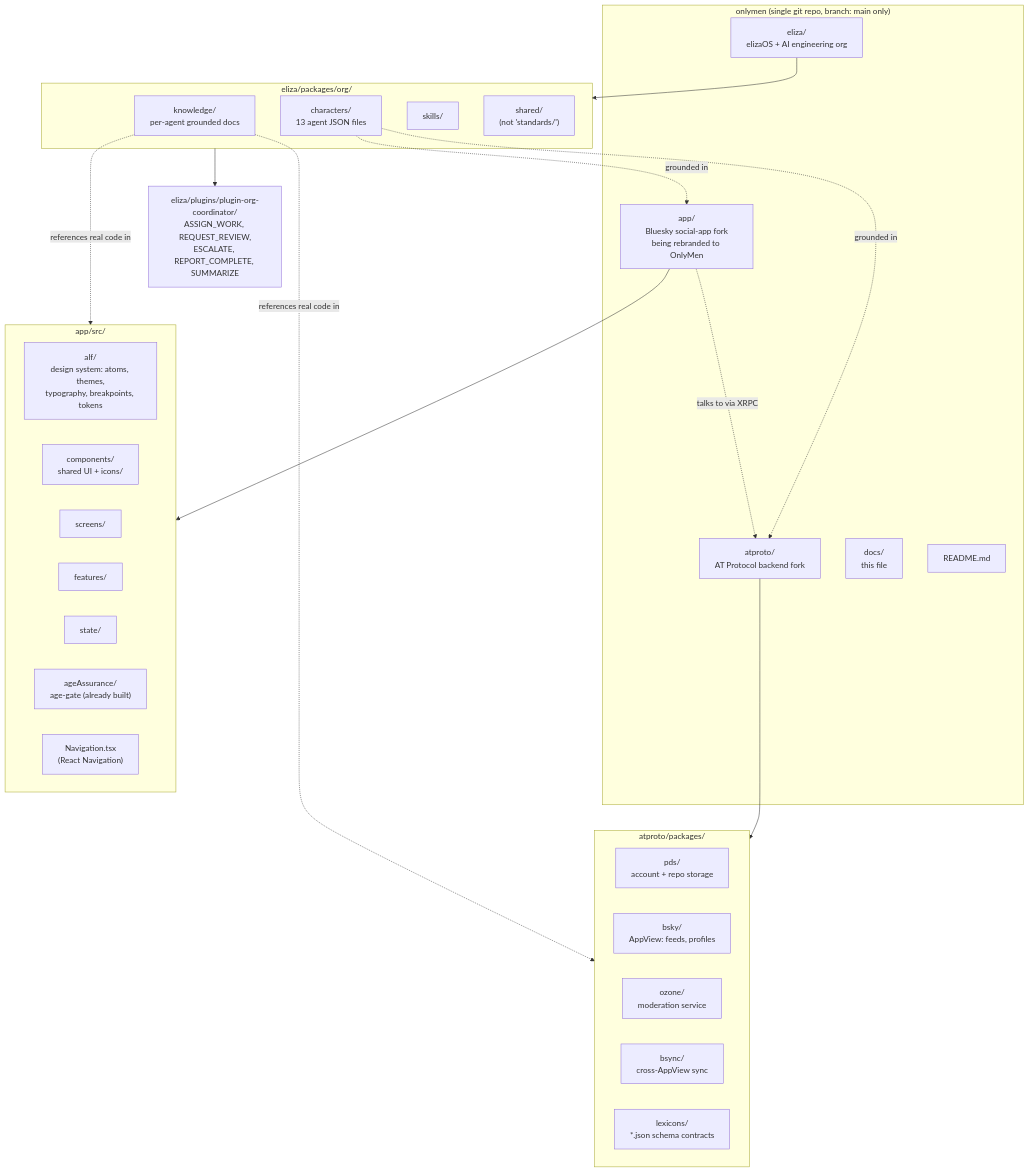
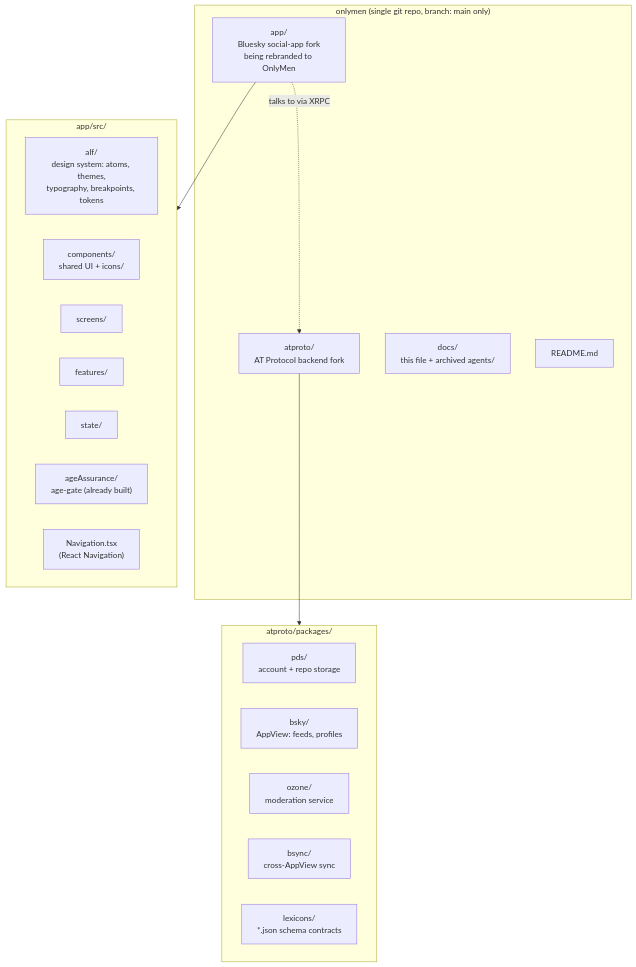
The diagram in docs/HANDOFF.md (18nover/onlymen), drawn with Mermaid before and after one commit. The commit also changed other lines of this file and 48016 other files, not shown here.

First line of the commit message:
remove eliza/, archive the AI agent org to docs/agents/

````diff
--- a/docs/HANDOFF.md
+++ b/docs/HANDOFF.md
@@ -157,49 +157,32 @@
 ```mermaid
 graph TD
     subgraph repo["onlymen (single git repo, branch: main only)"]
         app["app/<br/>Bluesky social-app fork<br/>being rebranded to OnlyMen"]
         atproto["atproto/<br/>AT Protocol backend fork"]
-        eliza["eliza/<br/>elizaOS + AI engineering org"]
-        docs_["docs/<br/>this file"]
+        docs_["docs/<br/>this file + archived agents/"]
         readme["README.md"]
     end
 
     subgraph appsrc["app/src/"]
         alf["alf/<br/>design system: atoms, themes,<br/>typography, breakpoints, tokens"]
         components["components/<br/>shared UI + icons/"]
         screens["screens/"]
         features["features/"]
         state["state/"]
         ageAssurance["ageAssurance/<br/>age-gate (already built)"]
         nav["Navigation.tsx<br/>(React Navigation)"]
     end
 
     subgraph atprotosrc["atproto/packages/"]
         pds["pds/<br/>account + repo storage"]
         bsky["bsky/<br/>AppView: feeds, profiles"]
         ozone["ozone/<br/>moderation service"]
         bsync["bsync/<br/>cross-AppView sync"]
         lexicons["lexicons/<br/>*.json schema contracts"]
     end
 
-    subgraph orgsrc["eliza/packages/org/"]
-        characters["characters/<br/>13 agent JSON files"]
-        knowledge["knowledge/<br/>per-agent grounded docs"]
-        skills["skills/"]
-        shared_["shared/<br/>(not 'standards/')"]
-    end
-
-    coordinator["eliza/plugins/plugin-org-coordinator/<br/>ASSIGN_WORK, REQUEST_REVIEW,<br/>ESCALATE, REPORT_COMPLETE, SUMMARIZE"]
-
     app --> appsrc
     atproto --> atprotosrc
-    eliza --> orgsrc
-    orgsrc --> coordinator
-
-    characters -.grounded in.-> app
-    characters -.grounded in.-> atproto
-    knowledge -.references real code in.-> appsrc
-    knowledge -.references real code in.-> atprotosrc
 
     app -.talks to via XRPC.-> atproto
 ```
````
